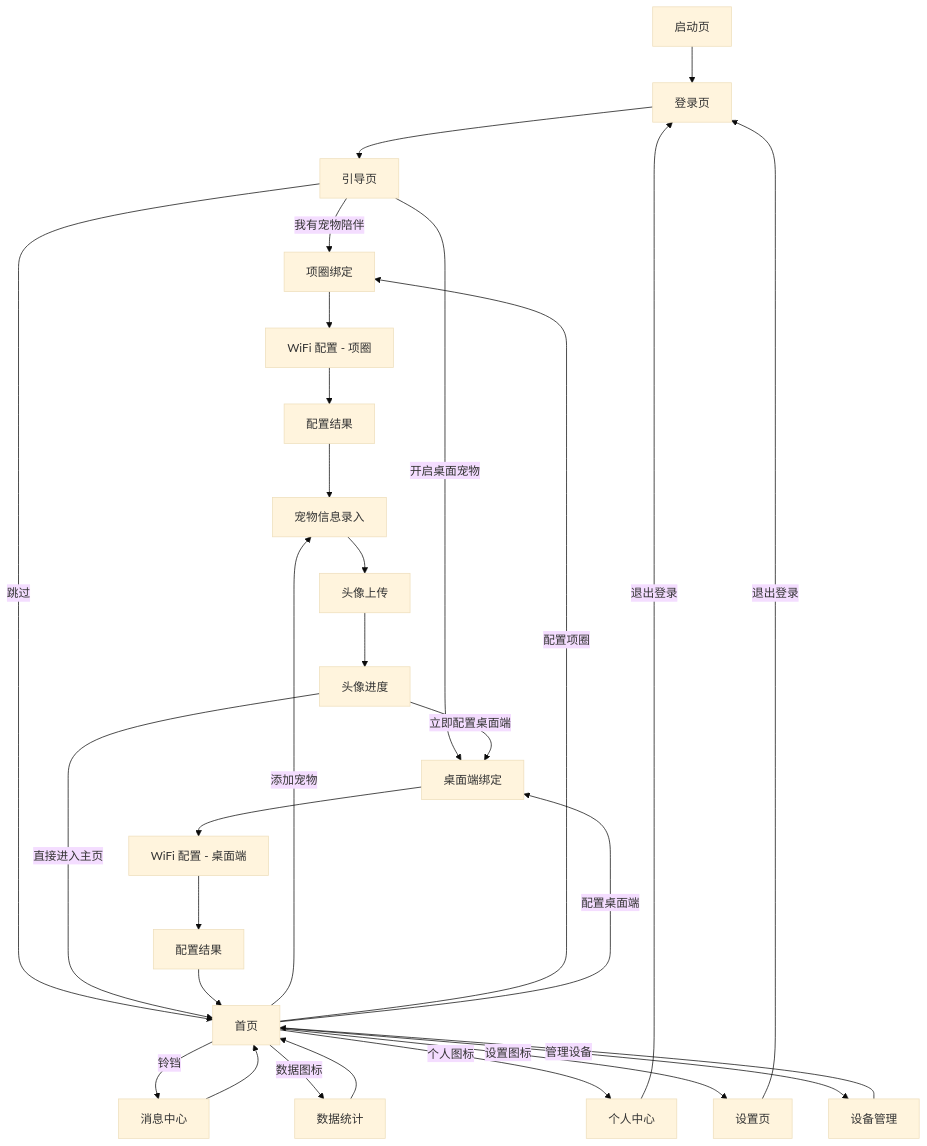
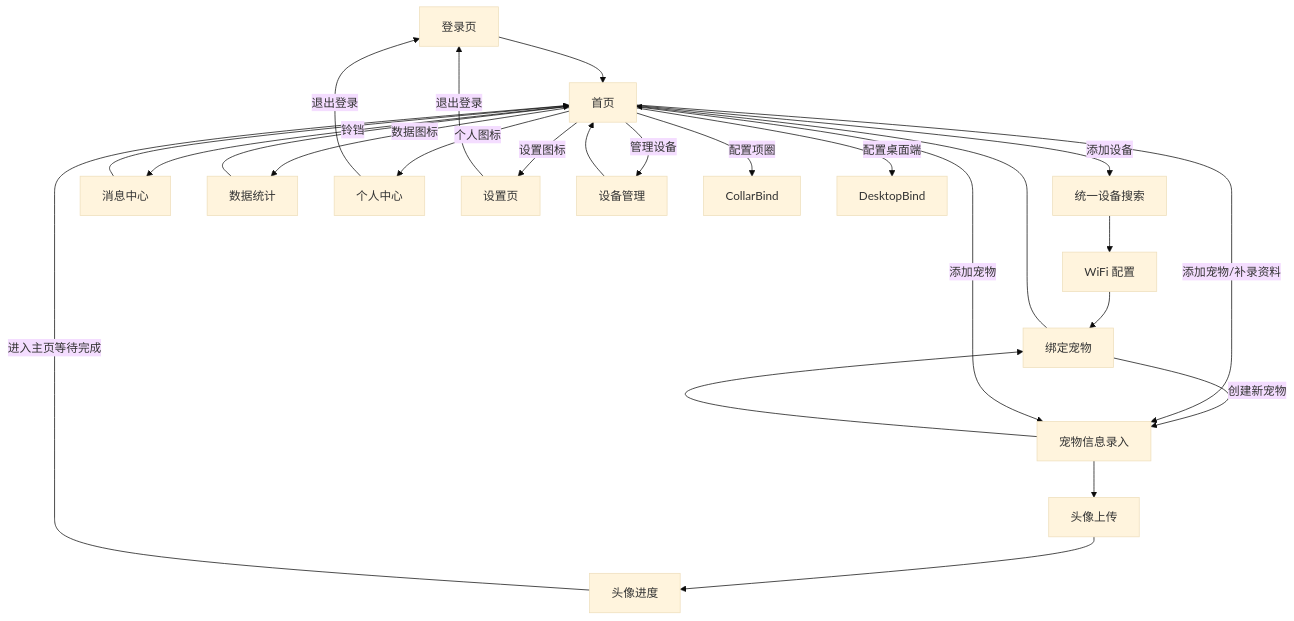
Before and after one commit to astromnic-ai/pet-wechat: the diagram in docs/specs/260328-real-api-integration/scenario-1-full-setup.md, drawn with Mermaid (base theme). The commit also changed other lines of this file and 3 other files, not shown here.

Commit message:
Sync docs and e2e coverage with unified setup flow

````diff
--- a/docs/specs/260328-real-api-integration/scenario-1-full-setup.md
+++ b/docs/specs/260328-real-api-integration/scenario-1-full-setup.md
@@ -5,36 +5,29 @@
 ```mermaid
 flowchart TD
-    Splash[启动页] --> Login[登录页]
-    Login --> Guide[引导页]
-
-    Guide -->|我有宠物陪伴| CollarBind[项圈绑定]
-    Guide -->|开启桌面宠物| DesktopBind[桌面端绑定]
-    Guide -->|跳过| Home[首页]
-
-    CollarBind --> WiFiCollar[WiFi 配置 - 项圈]
-    WiFiCollar --> WiFiResult1[配置结果]
-    WiFiResult1 --> PetInfo[宠物信息录入]
+    Login[登录页] --> Home[首页]
+    Home -->|添加设备| DeviceSearch[统一设备搜索]
+    DeviceSearch --> WiFiConfig[WiFi 配置]
+    WiFiConfig --> BindPet[绑定宠物]
+    BindPet -->|创建新宠物| PetInfo[宠物信息录入]
+    PetInfo --> BindPet
+    BindPet --> Home
+    Home -->|添加宠物/补录资料| PetInfo
     PetInfo --> PetAvatar[头像上传]
     PetAvatar --> AvatarProgress[头像进度]
-    AvatarProgress -->|立即配置桌面端| DesktopBind
-    AvatarProgress -->|直接进入主页| Home
-
-    DesktopBind --> WiFiDesktop[WiFi 配置 - 桌面端]
-    WiFiDesktop --> WiFiResult2[配置结果]
-    WiFiResult2 --> Home
+    AvatarProgress -->|进入主页等待完成| Home
 
     Home -->|铃铛| Messages[消息中心]
     Home -->|数据图标| Data[数据统计]
     Home -->|个人图标| Profile[个人中心]
     Home -->|设置图标| Settings[设置页]
     Home -->|管理设备| Devices[设备管理]
     Home -->|添加宠物| PetInfo
     Home -->|配置项圈| CollarBind
     Home -->|配置桌面端| DesktopBind
 
     Messages --> Home
     Data --> Home
     Devices --> Home
     Profile -->|退出登录| Login
     Settings -->|退出登录| Login
 ```
````
